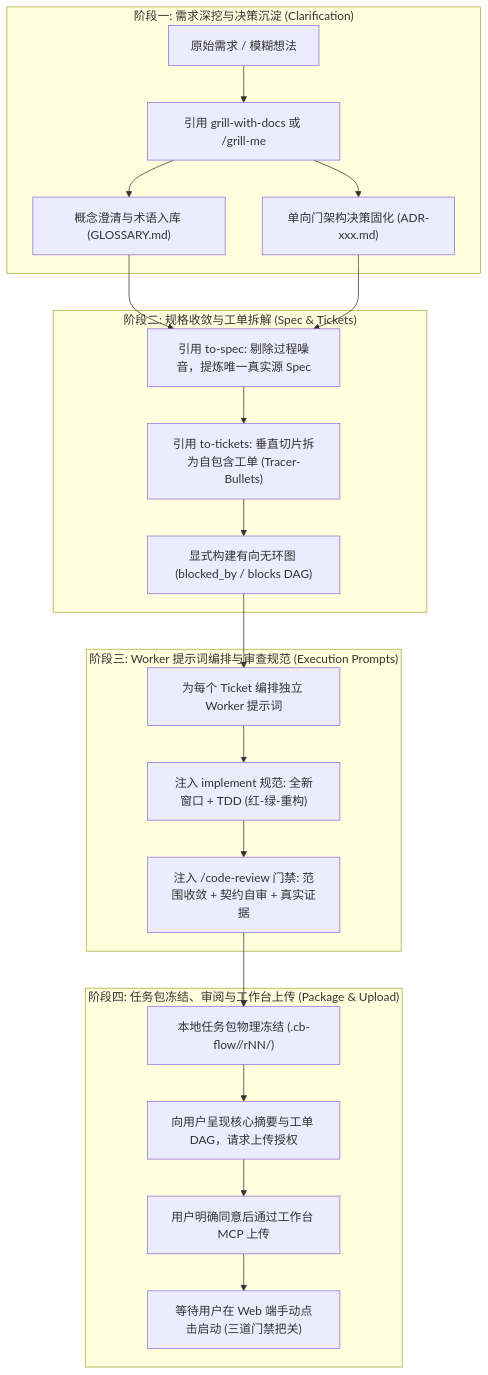
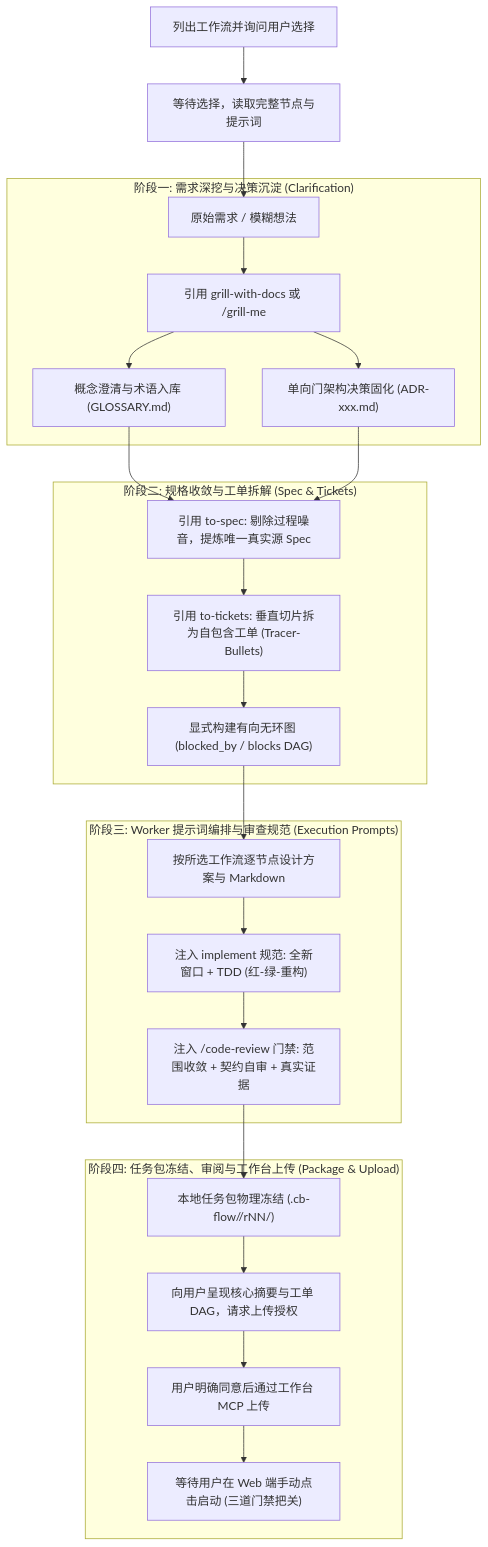
One commit to BLuIshCB/CBWorkBench changed the diagram in skills/cb-flow/SKILL.md. Above: the diagram before and after it, drawn with Mermaid. The commit also changed other lines of this file and 23 other files, not shown here.

````diff
--- a/skills/cb-flow/SKILL.md
+++ b/skills/cb-flow/SKILL.md
@@ -14,27 +24,29 @@
 ```mermaid
 flowchart TD
+    F0["列出工作流并询问用户选择"] --> F1["等待选择，读取完整节点与提示词"]
+    F1 --> R0
     subgraph Phase1["阶段一: 需求深挖与决策沉淀 (Clarification)"]
         R0["原始需求 / 模糊想法"] --> R1["引用 grill-with-docs 或 /grill-me"]
         R1 --> R2["概念澄清与术语入库 (GLOSSARY.md)"]
         R1 --> R3["单向门架构决策固化 (ADR-xxx.md)"]
     end
 
     subgraph Phase2["阶段二: 规格收敛与工单拆解 (Spec & Tickets)"]
         R2 & R3 --> S1["引用 to-spec: 剔除过程噪音，提炼唯一真实源 Spec"]
         S1 --> S2["引用 to-tickets: 垂直切片拆为自包含工单 (Tracer-Bullets)"]
         S2 --> S3["显式构建有向无环图 (blocked_by / blocks DAG)"]
     end
 
     subgraph Phase3["阶段三: Worker 提示词编排与审查规范 (Execution Prompts)"]
-        S3 --> W1["为每个 Ticket 编排独立 Worker 提示词"]
+        S3 --> W1["按所选工作流逐节点设计方案与 Markdown"]
         W1 --> W2["注入 implement 规范: 全新窗口 + TDD (红-绿-重构)"]
         W2 --> W3["注入 /code-review 门禁: 范围收敛 + 契约自审 + 真实证据"]
     end
 
     subgraph Phase4["阶段四: 任务包冻结、审阅与工作台上传 (Package & Upload)"]
         W3 --> P1["本地任务包物理冻结 (.cb-flow/<task-key>/rNN/)"]
         P1 --> P2["向用户呈现核心摘要与工单 DAG，请求上传授权"]
         P2 --> P3["用户明确同意后通过工作台 MCP 上传"]
         P3 --> P4["等待用户在 Web 端手动点击启动 (三道门禁把关)"]
     end
 ```
````
